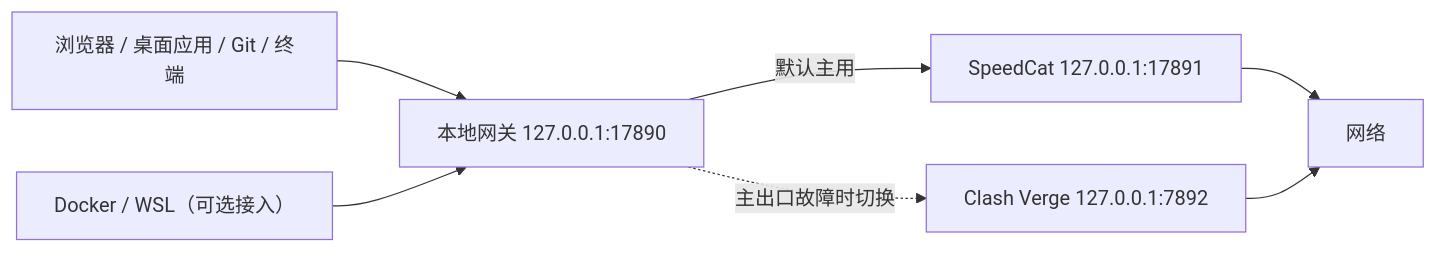
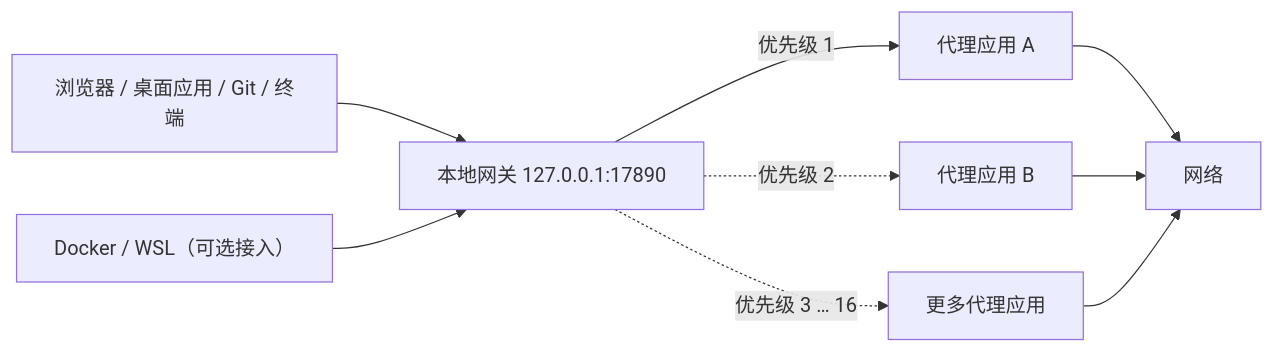
One commit to AkparAby/proxy-gateway changed the diagram in README.md. Above: the diagram before and after it, drawn with Mermaid. The commit also changed other lines of this file and 11 other files, not shown here.

````diff
--- a/README.md
+++ b/README.md
@@ -26,9 +27,11 @@
 ```mermaid
 flowchart LR
     Apps["浏览器 / 桌面应用 / Git / 终端"] --> Gateway["本地网关 127.0.0.1:17890"]
     Linux["Docker / WSL（可选接入）"] --> Gateway
-    Gateway -->|默认主用| SpeedCat["SpeedCat 127.0.0.1:17891"]
-    Gateway -.->|主出口故障时切换| Clash["Clash Verge 127.0.0.1:7892"]
-    SpeedCat --> Internet["网络"]
-    Clash --> Internet
+    Gateway -->|优先级 1| A["代理应用 A"]
+    Gateway -.->|优先级 2| B["代理应用 B"]
+    Gateway -.->|优先级 3 … 16| C["更多代理应用"]
+    A --> Internet["网络"]
+    B --> Internet
+    C --> Internet
 ```
````
